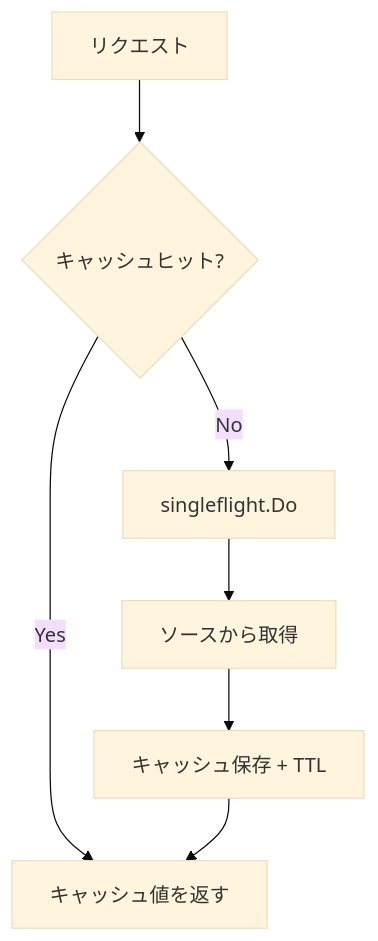
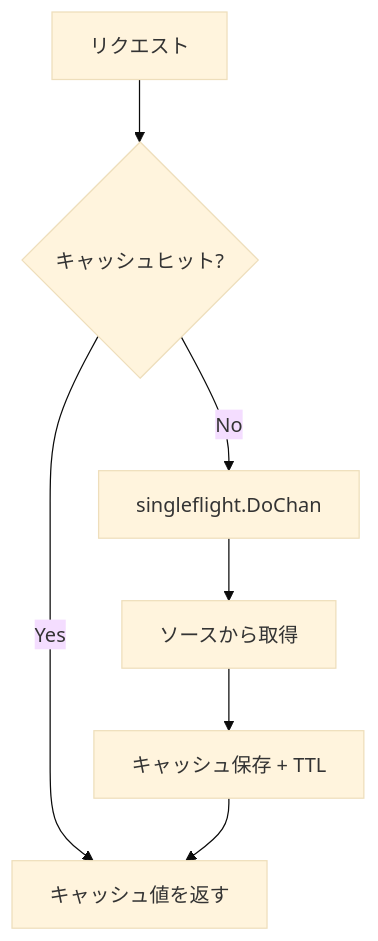
Before and after one commit to sokoide/workshop: the third of 5 diagrams in software/go_cache_patterns_ja.md, drawn with Mermaid (base theme). The commit also changed other lines of this file and 61 other files, not shown here.

````diff
--- a/software/go_cache_patterns_ja.md
+++ b/software/go_cache_patterns_ja.md
@@ -321,9 +321,9 @@
 ```mermaid
 flowchart TD
     A[リクエスト] --> B{キャッシュヒット?}
     B -- Yes --> C[キャッシュ値を返す]
-    B -- No --> D[singleflight.Do]
+    B -- No --> D[singleflight.DoChan]
     D --> E[ソースから取得]
     E --> F[キャッシュ保存 + TTL]
     F --> C
 ```
````
